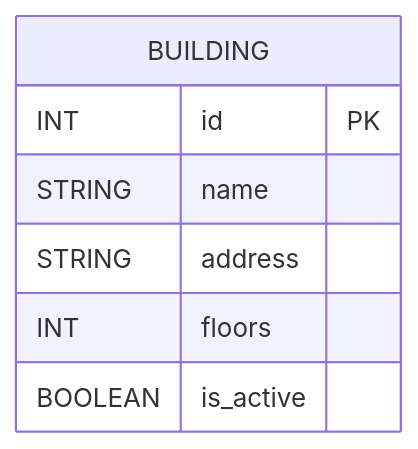
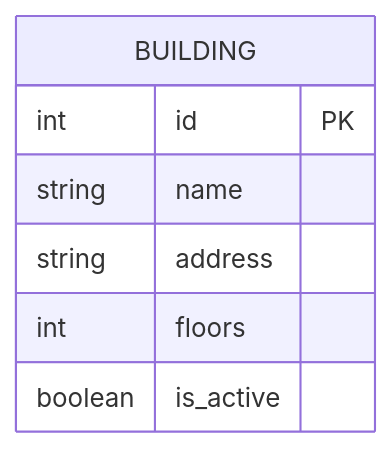
One commit to Kom1sato/KPK_UP2_23-2P9 changed the diagram in S16/doc.md. Above: the diagram before and after it, drawn with Mermaid.

````diff
--- a/S16/doc.md
+++ b/S16/doc.md
@@ -100,11 +100,11 @@
 ```mermaid
 erDiagram
 
     BUILDING {
-        INT id PK
-        STRING name
-        STRING address
-        INT floors
-        BOOLEAN is_active
+        int id PK
+        string name
+        string address
+        int floors
+        boolean is_active
     }
 ```
````
